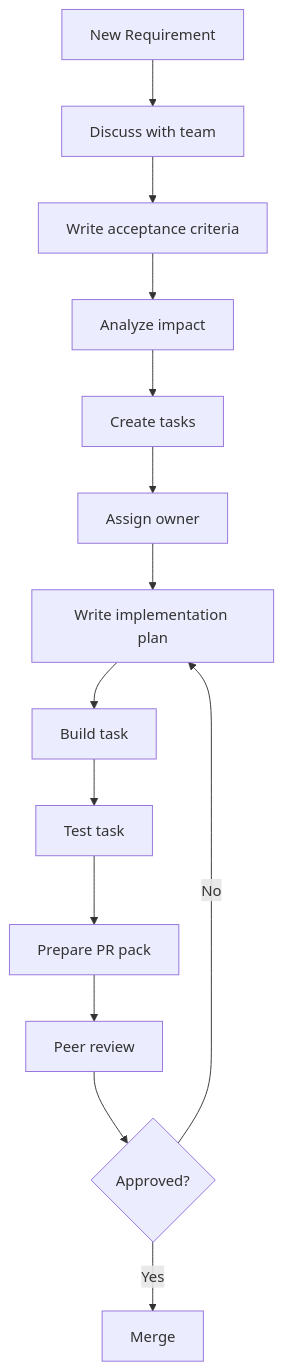
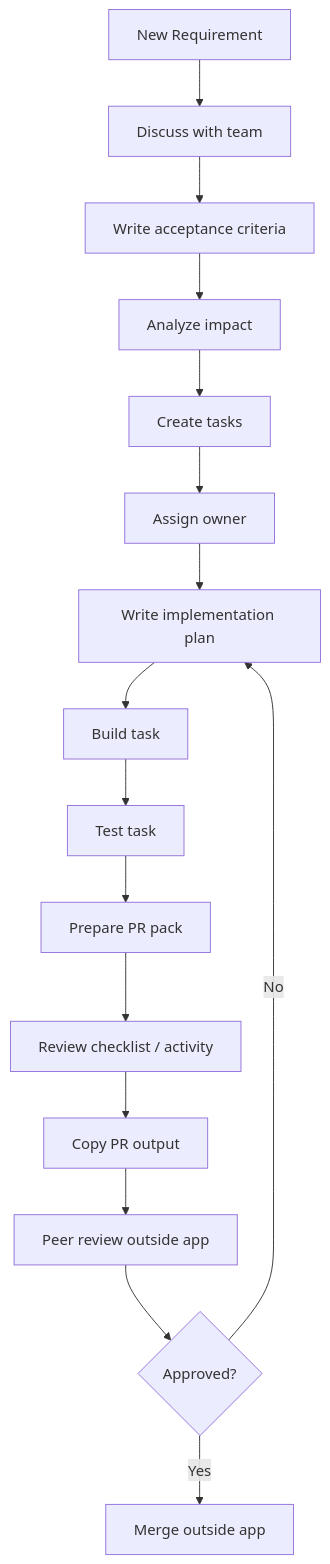
Before and after one commit to chingu-voyages/V61-tier3-team-36: the third of 3 diagrams in docs/Developer Workflow Architecture.md, drawn with Mermaid. The commit also changed other lines of this file, not shown here.

Commit message:
Developer Workflow Architecture explanation

````diff
--- a/docs/Developer Workflow Architecture.md
+++ b/docs/Developer Workflow Architecture.md
@@ -359,16 +416,18 @@
 ```mermaid
 flowchart TD
     A[New Requirement] --> B[Discuss with team]
     B --> C[Write acceptance criteria]
     C --> D[Analyze impact]
     D --> E[Create tasks]
     E --> F[Assign owner]
     F --> G[Write implementation plan]
     G --> H[Build task]
     H --> I[Test task]
     I --> J[Prepare PR pack]
-    J --> K[Peer review]
-    K --> L{Approved?}
-    L -->|No| G
-    L -->|Yes| M[Merge]
+    J --> K[Review checklist / activity]
+    K --> L[Copy PR output]
+    L --> M[Peer review outside app]
+    M --> N{Approved?}
+    N -->|No| G
+    N -->|Yes| O[Merge outside app]
 ```
````
